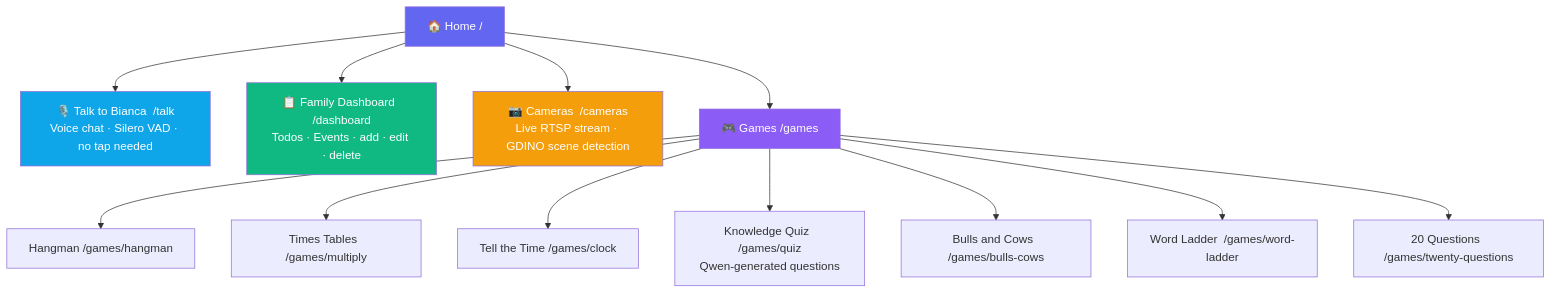
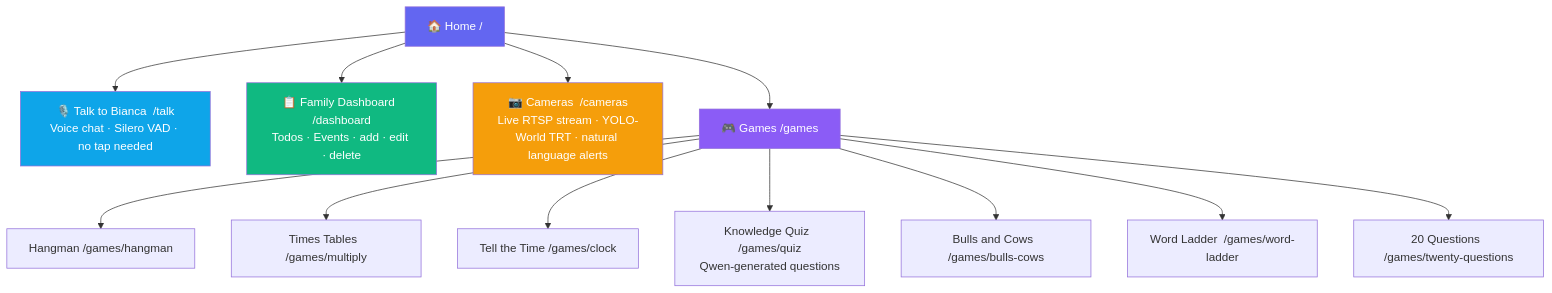
One commit to jasvinder-builder/family-assistant changed the first of 2 diagrams in README.md. Above: the diagram before and after it, drawn with Mermaid. The commit also changed other lines of this file, not shown here.

````diff
--- a/README.md
+++ b/README.md
@@ -11,23 +11,23 @@
 ```mermaid
 graph TD
     Home["🏠 Home  /"]
 
     Home --> Talk["🎙️ Talk to Bianca  /talk<br/>Voice chat · Silero VAD · no tap needed"]
     Home --> Dashboard["📋 Family Dashboard  /dashboard<br/>Todos · Events · add · edit · delete"]
-    Home --> Cameras["📷 Cameras  /cameras<br/>Live RTSP stream · GDINO scene detection"]
+    Home --> Cameras["📷 Cameras  /cameras<br/>Live RTSP stream · YOLO-World TRT · natural language alerts"]
     Home --> Games["🎮 Games  /games"]
 
     Games --> Hangman["Hangman  /games/hangman"]
     Games --> Multiply["Times Tables  /games/multiply"]
     Games --> Clock["Tell the Time  /games/clock"]
     Games --> Quiz["Knowledge Quiz  /games/quiz<br/>Qwen-generated questions"]
     Games --> BullsCows["Bulls and Cows  /games/bulls-cows"]
     Games --> WordLadder["Word Ladder  /games/word-ladder"]
     Games --> TwentyQ["20 Questions  /games/twenty-questions"]
 
     style Home fill:#6366f1,color:#fff
     style Talk fill:#0ea5e9,color:#fff
     style Dashboard fill:#10b981,color:#fff
     style Cameras fill:#f59e0b,color:#fff
     style Games fill:#8b5cf6,color:#fff
 ```
````
